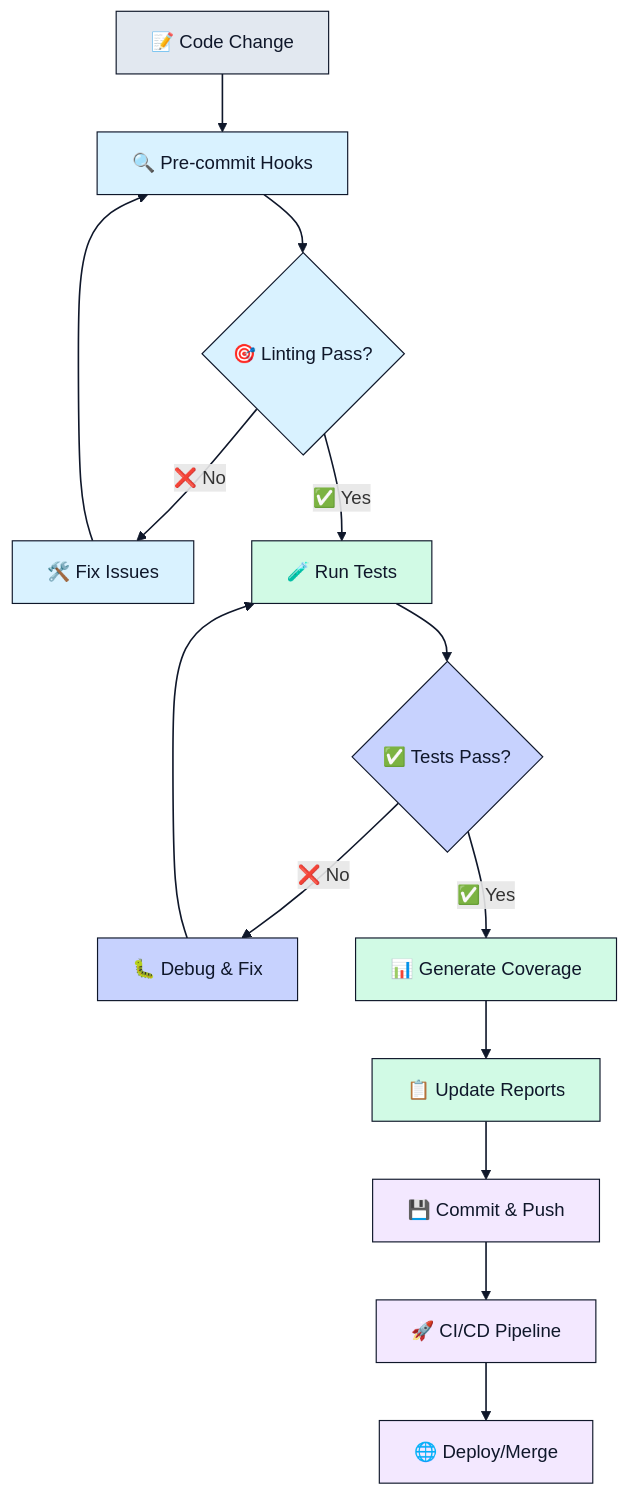
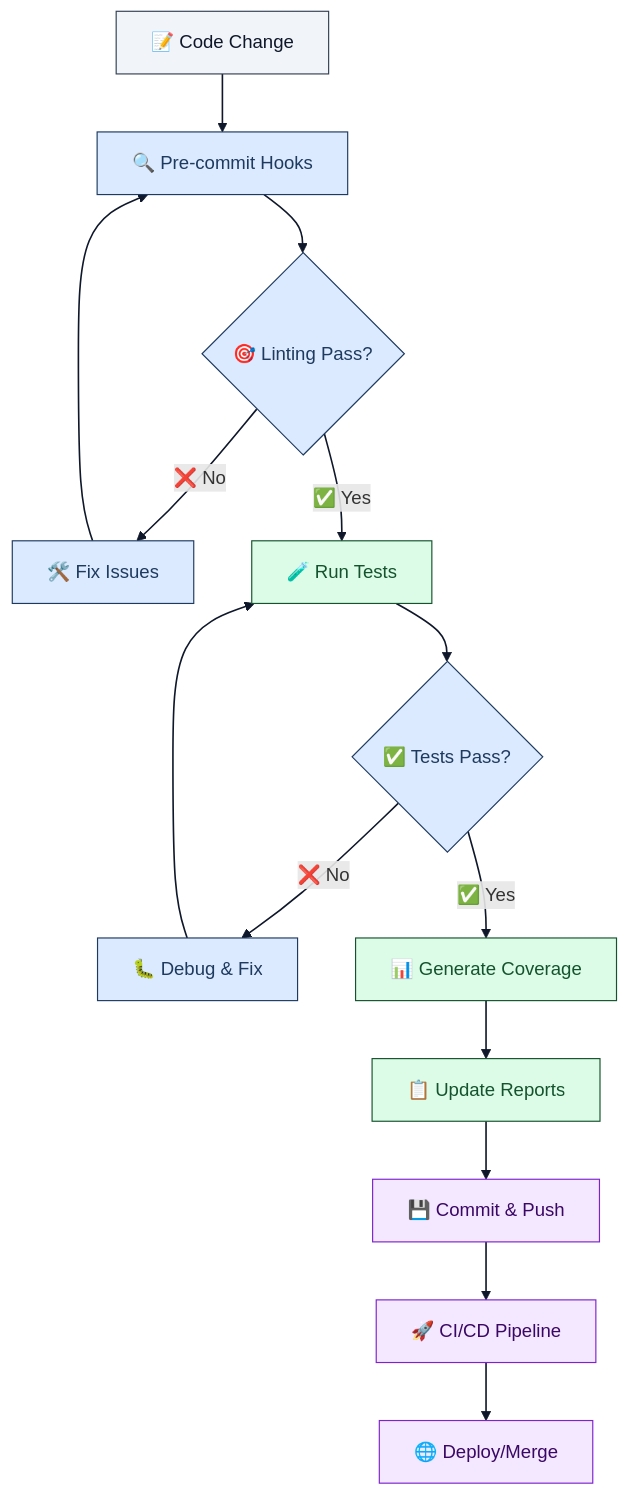
One commit to lightspeedwp/.github changed the third of 7 diagrams in README.md. Above: the diagram before and after it, drawn with Mermaid. The commit also changed other lines of this file and 28 other files, not shown here.

Commit message:
fix: make mermaid diagrams accessible

````diff
--- a/README.md
+++ b/README.md
@@ -282,41 +282,41 @@
 ```mermaid
 ---
 accTitle: Development workflow process
 accDescr: The diagram shows code changes entering pre-commit hooks, passing lint/test stages, generating coverage, and finally pushing through CI/CD and deployment.
 ---
 flowchart TD
     A[📝 Code Change] --> B[🔍 Pre-commit Hooks]
     B --> C{🎯 Linting Pass?}
     C -->|❌ No| D[🛠️ Fix Issues]
     D --> B
     C -->|✅ Yes| E[🧪 Run Tests]
     E --> F{✅ Tests Pass?}
     F -->|❌ No| G[🐛 Debug & Fix]
     G --> E
     F -->|✅ Yes| H[📊 Generate Coverage]
     H --> I[📋 Update Reports]
     I --> J[💾 Commit & Push]
     J --> K[🚀 CI/CD Pipeline]
     K --> L[🌐 Deploy/Merge]
 
-    classDef change fill:#e2e8f0,stroke:#0f172a,color:#0f172a
-    classDef hook fill:#d9f2ff,stroke:#0f172a,color:#0f172a
-    classDef test fill:#d1fae5,stroke:#0f172a,color:#0f172a
-    classDef check fill:#c7d2fe,stroke:#0f172a,color:#0f172a
-    classDef deployment fill:#f3e8ff,stroke:#0f172a,color:#0f172a
+    classDef change fill:#f1f5f9,color:#0f172a,stroke:#334155
+    classDef hook fill:#dbeafe,color:#1e3a5f,stroke:#1e3a5f
+    classDef test fill:#dcfce7,color:#14532d,stroke:#14532d
+    classDef check fill:#dbeafe,color:#1e3a5f,stroke:#1e3a5f
+    classDef deployment fill:#f3e8ff,color:#3b0764,stroke:#7e22ce
 
     class A change
     class B hook
     class C hook
     class D hook
     class E test
     class F check
     class G check
     class H test
     class I test
     class J deployment
     class K deployment
     class L deployment
 
     linkStyle default stroke:#0f172a,stroke-width:1.4px
 ```
````
